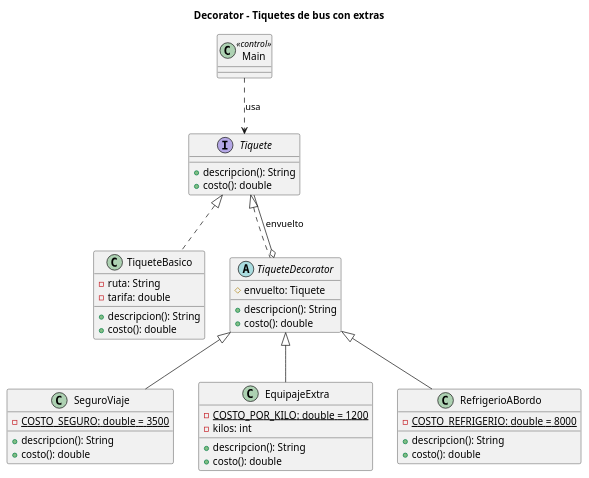
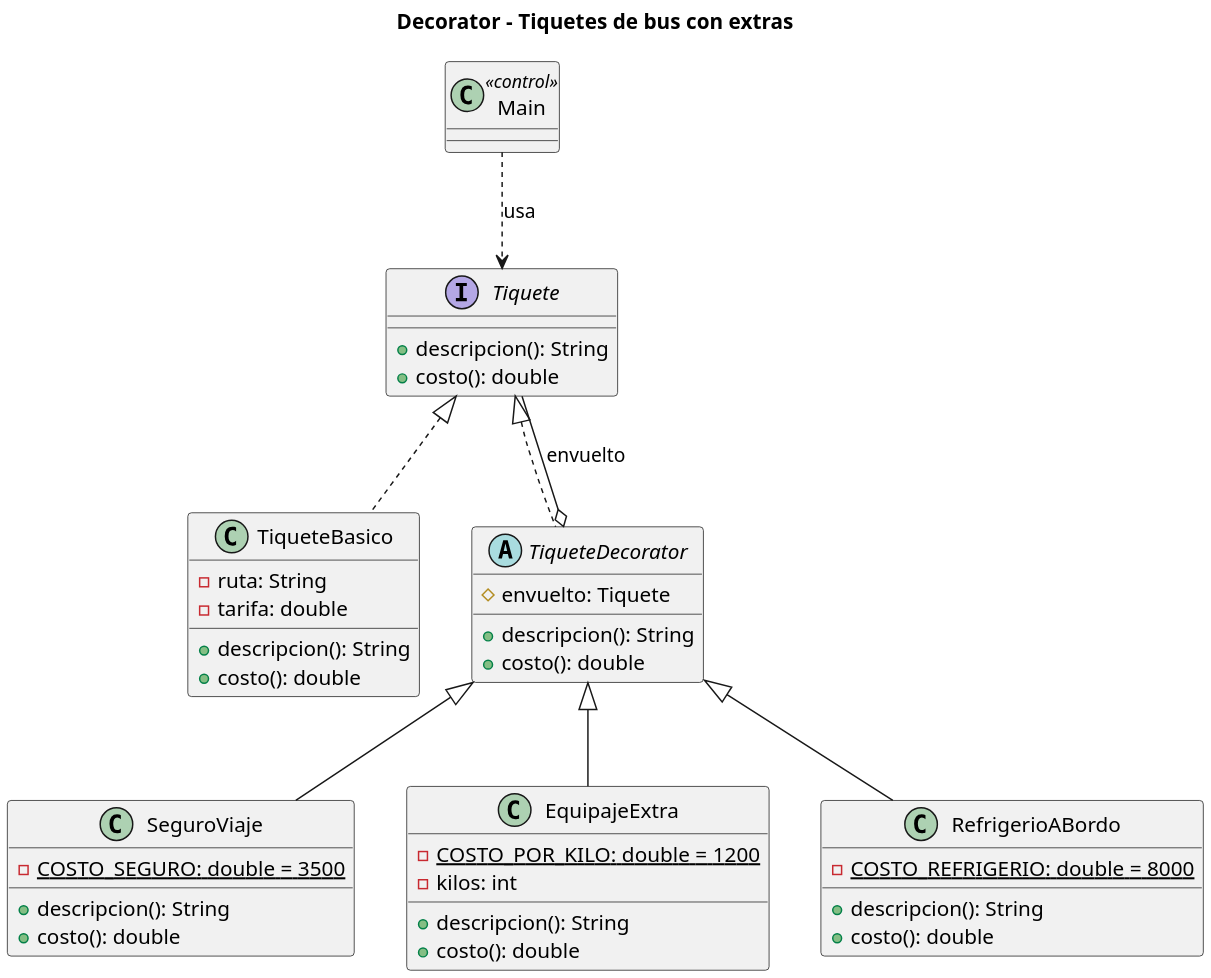
Before and after one commit to CamiloDG07/Expo-Patrones: the diagram in entrega/decorator/diagramas/clases.puml, drawn with PlantUML. The commit also changed 9 other files, not shown here.

First line of the commit message:
Diagramas de clases: usar el PNG real de PlantUML en vez del dibujo nativo

```diff
--- a/entrega/decorator/diagramas/clases.puml
+++ b/entrega/decorator/diagramas/clases.puml
@@ -1,51 +1,52 @@
 @startuml
+skinparam dpi 200
 title Decorator - Tiquetes de bus con extras
 
 interface Tiquete {
   +descripcion(): String
   +costo(): double
 }
 
 class TiqueteBasico {
   -ruta: String
   -tarifa: double
   +descripcion(): String
   +costo(): double
 }
 
 abstract class TiqueteDecorator {
   #envuelto: Tiquete
   +descripcion(): String
   +costo(): double
 }
 
 class SeguroViaje {
   -{static} COSTO_SEGURO: double = 3500
   +descripcion(): String
   +costo(): double
 }
 
 class EquipajeExtra {
   -{static} COSTO_POR_KILO: double = 1200
   -kilos: int
   +descripcion(): String
   +costo(): double
 }
 
 class RefrigerioABordo {
   -{static} COSTO_REFRIGERIO: double = 8000
   +descripcion(): String
   +costo(): double
 }
 
 class Main <<control>>
 
 Tiquete <|.. TiqueteBasico
 Tiquete <|.. TiqueteDecorator
 TiqueteDecorator o-- Tiquete : envuelto
 TiqueteDecorator <|-- SeguroViaje
 TiqueteDecorator <|-- EquipajeExtra
 TiqueteDecorator <|-- RefrigerioABordo
 Main ..> Tiquete : usa
 
 @enduml
```
